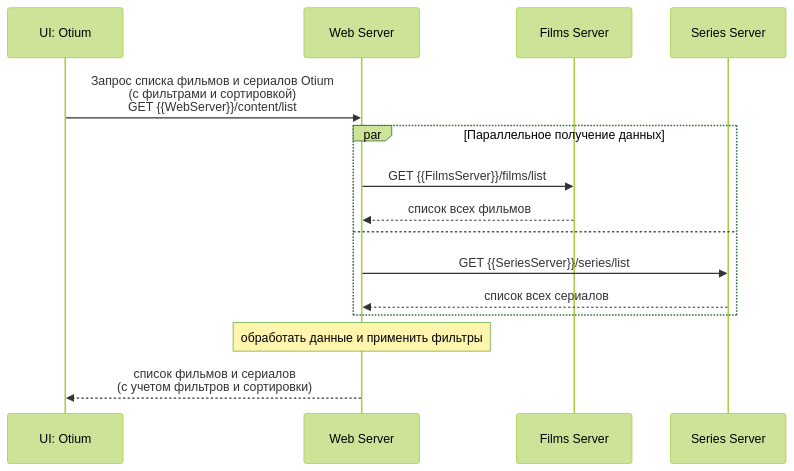
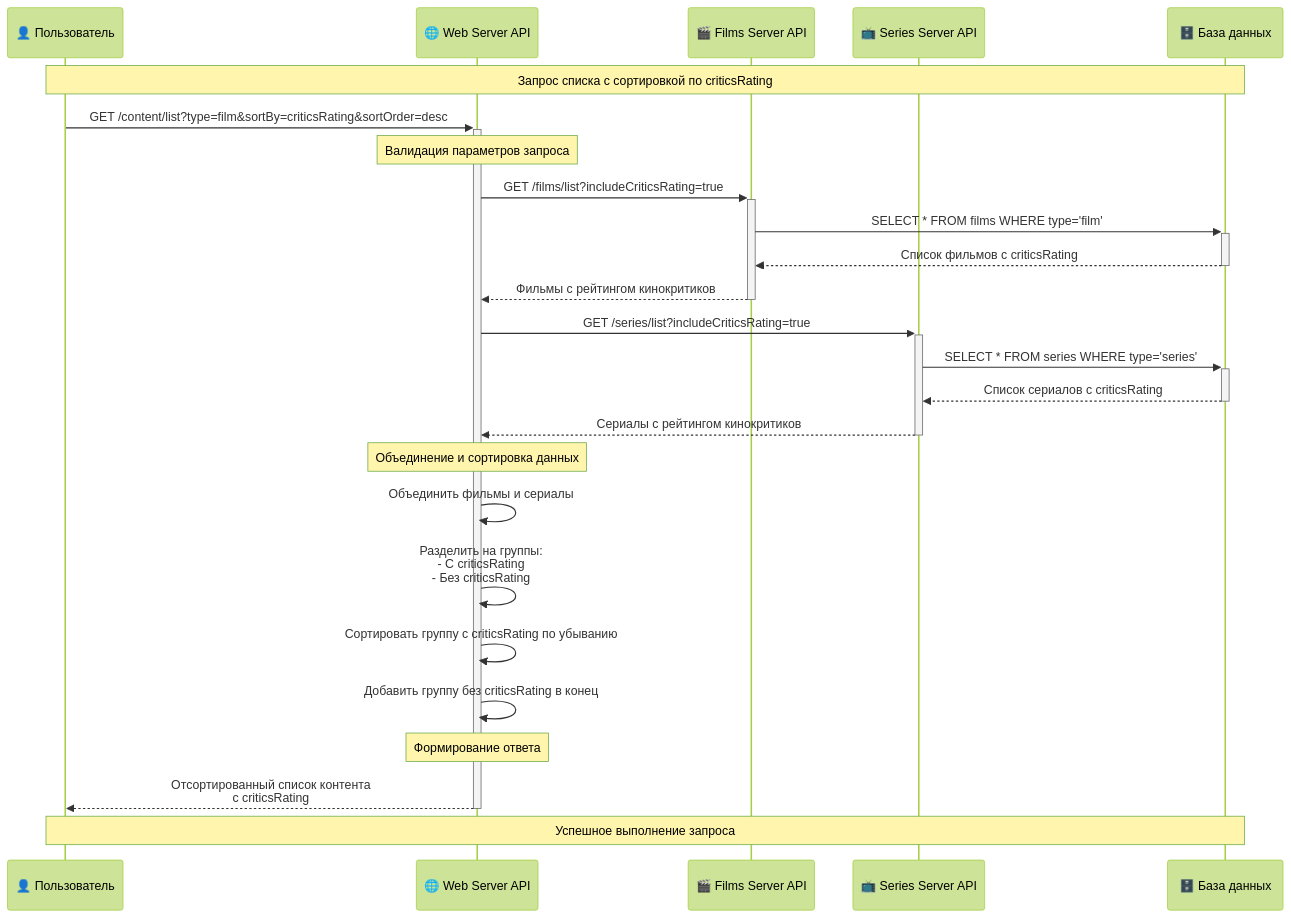
Before and after one commit to Kurganskyi/yandex_edu: the first of 3 diagrams in projects/project_4/sequence_diagram.md, drawn with Mermaid (forest theme). The commit also changed other lines of this file and 4 other files, not shown here.

Commit message:
Добавил новый кейс моделирования данных интернет-магазина в README и обновил статистику готовых кейсов. Обновил диаграмму последовательности для сценария сортировки фильмов по рейтингу кинокритиков, добавив детали обработки данных и примеры запросов и ответов.

````diff
--- a/projects/project_4/sequence_diagram.md
+++ b/projects/project_4/sequence_diagram.md
@@ -16,21 +8,37 @@
 ```mermaid
 sequenceDiagram
-    participant UI as UI: Otium
-    participant WS as Web Server
-    participant FS as Films Server
-    participant SS as Series Server
+    participant U as 👤 Пользователь
+    participant W as 🌐 Web Server API
+    participant F as 🎬 Films Server API
+    participant S as 📺 Series Server API
+    participant DB as 🗄️ База данных
+
+    Note over U,DB: Запрос списка с сортировкой по criticsRating
+
+    U->>+W: GET /content/list?type=film&sortBy=criticsRating&sortOrder=desc
     
-    UI->>WS: Запрос списка фильмов и сериалов Otium<br/>(с фильтрами и сортировкой)<br/>GET {{WebServer}}/content/list
+    Note over W: Валидация параметров запроса
     
-    par Параллельное получение данных
-        WS->>FS: GET {{FilmsServer}}/films/list
-        FS-->>WS: список всех фильмов
-    and
-        WS->>SS: GET {{SeriesServer}}/series/list
-        SS-->>WS: список всех сериалов
-    end
+    W->>+F: GET /films/list?includeCriticsRating=true
+    F->>+DB: SELECT * FROM films WHERE type='film'
+    DB-->>-F: Список фильмов с criticsRating
+    F-->>-W: Фильмы с рейтингом кинокритиков
     
-    Note over WS: обработать данные и применить фильтры
+    W->>+S: GET /series/list?includeCriticsRating=true
+    S->>+DB: SELECT * FROM series WHERE type='series'
+    DB-->>-S: Список сериалов с criticsRating
+    S-->>-W: Сериалы с рейтингом кинокритиков
     
-    WS-->>UI: список фильмов и сериалов<br/>(с учетом фильтров и сортировки)
+    Note over W: Объединение и сортировка данных
+    
+    W->>W: Объединить фильмы и сериалы
+    W->>W: Разделить на группы:<br/>- С criticsRating<br/>- Без criticsRating
+    W->>W: Сортировать группу с criticsRating по убыванию
+    W->>W: Добавить группу без criticsRating в конец
+    
+    Note over W: Формирование ответа
+    
+    W-->>-U: Отсортированный список контента<br/>с criticsRating
+
+    Note over U,DB: Успешное выполнение запроса
 ```
````
